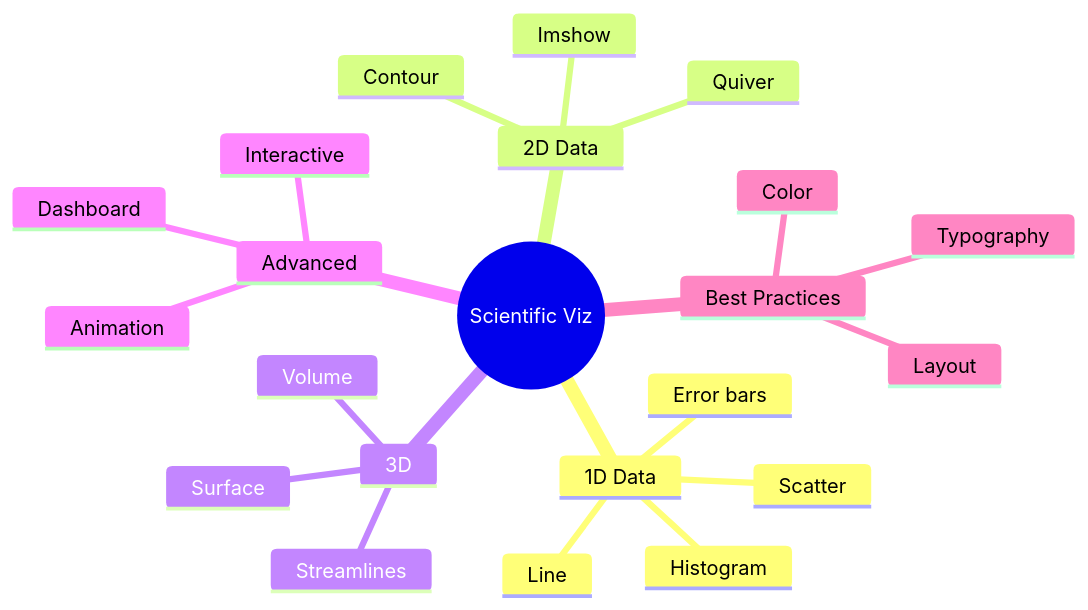
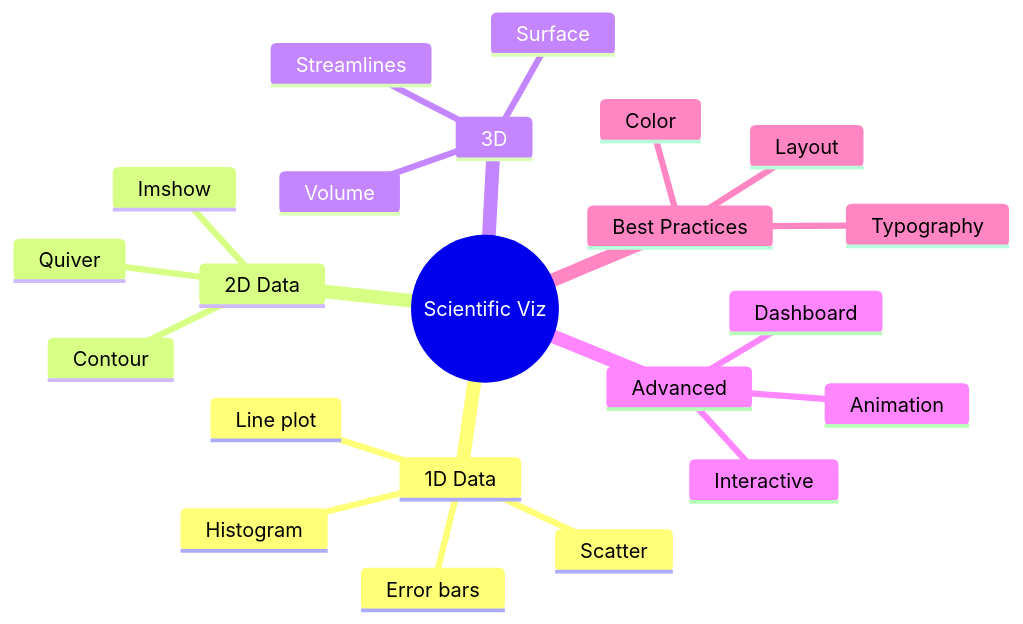
The first of 5 diagrams in 02_MSc_DataDriven_Modeling/core_courses/MSDM_5002/README.md (yip-lgtm/PhysicsSelfStudy), drawn with Mermaid before and after one commit. The commit also changed other lines of this file and 17 other files, not shown here.

````diff
--- a/02_MSc_DataDriven_Modeling/core_courses/MSDM_5002/README.md
+++ b/02_MSc_DataDriven_Modeling/core_courses/MSDM_5002/README.md
@@ -324,25 +564,25 @@
 ```mermaid
 mindmap
   root((Scientific Viz))
     1D Data
-      Line
+      Line plot
       Scatter
       Histogram
       Error bars
     2D Data
       Contour
       Imshow
       Quiver
     3D
       Surface
       Volume
       Streamlines
     Advanced
       Animation
       Interactive
       Dashboard
     Best Practices
       Color
       Typography
       Layout
 ```
````
